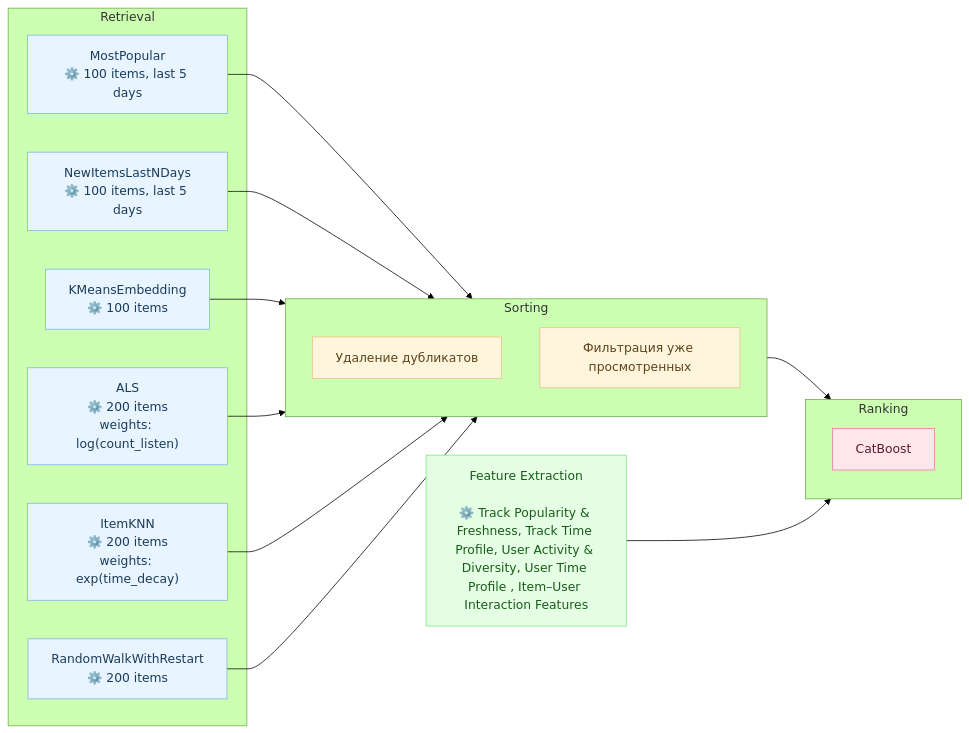
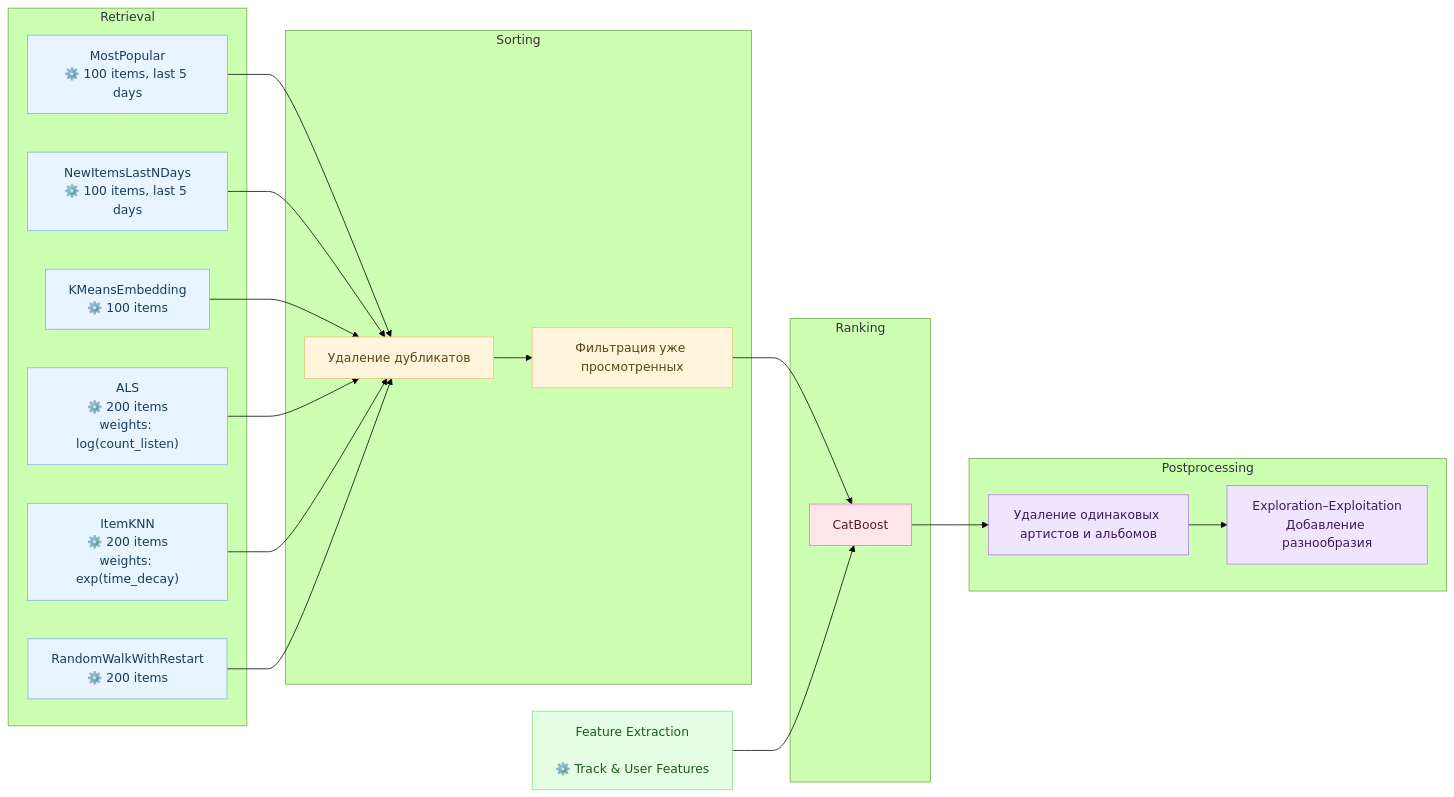
One commit to Nastasy822/music-recommendation-experiments changed the second of 2 diagrams in README.md. Above: the diagram before and after it, drawn with Mermaid (forest theme).

Commit message:
docs(readme): update diagram

````diff
--- a/README.md
+++ b/README.md
@@ -180,50 +180,61 @@
 ```mermaid
 flowchart LR
 
     %% === Retrieval Models ===
     subgraph RETRIEVAL ["Retrieval"]
         PopAll["MostPopular<br/>⚙️ 100 items, last 5 days"]
         PopUser["NewItemsLastNDays<br/>⚙️ 100 items, last 5 days"]
         SIM["KMeansEmbedding<br/>⚙️ 100 items"]
         ITEMKNN["ItemKNN<br/>⚙️ 200 items<br/>weights: exp(time_decay)"]
         GRAPH["RandomWalkWithRestart<br/>⚙️ 200 items"]
         ALS["ALS<br/>⚙️ 200 items<br/>weights: log(count_listen)"]
     end
 
     %% === Sorting Stage ===
     subgraph SORTING ["Sorting"]
         DUBLICATE["Удаление дубликатов"]
         FILTER["Фильтрация уже просмотренных"]
     end
 
     %% === Ranking Stage ===
     subgraph RANKING ["Ranking"]
         RANK["CatBoost"]
     end
 
+    %% === Postprocessing Stage ===
+    subgraph POSTPROCESS ["Postprocessing"]
+        ARTIST_FILTER["Удаление одинаковых артистов и альбомов"]
+        EXPLORATION["Exploration–Exploitation<br/>Добавление разнообразия"]
+    end
+
     %% === Feature Extraction ===
-    FEATS["Feature Extraction<br><br>⚙️ Track Popularity & Freshness, Track Time Profile, User Activity & Diversity, User Time Profile , Item–User Interaction Features"]
+    FEATS["Feature Extraction<br><br>⚙️ Track & User Features"]
 
     %% === Data Flows ===
-    PopAll --> SORTING
-    PopUser --> SORTING
-    SIM --> SORTING
-    ALS --> SORTING
-    ITEMKNN --> SORTING
-    GRAPH --> SORTING
+    PopAll --> DUBLICATE
+    PopUser --> DUBLICATE
+    SIM --> DUBLICATE
+    ALS --> DUBLICATE
+    ITEMKNN --> DUBLICATE
+    GRAPH --> DUBLICATE
 
-    SORTING --> RANKING
-    FEATS --> RANKING
+    DUBLICATE --> FILTER
+    FILTER --> RANK
+    FEATS --> RANK
+
+    RANK --> ARTIST_FILTER
+    ARTIST_FILTER --> EXPLORATION
 
     %% === Styles ===
     classDef retrieval fill:#e8f4ff,stroke:#7db4e6,color:#1a3d5c;
     classDef sorting fill:#fff5dd,stroke:#e6c27d,color:#5c451a;
     classDef ranking fill:#ffe6ec,stroke:#e67d9c,color:#5c1a2f;
+    classDef postprocess fill:#f0e5ff,stroke:#b07de6,color:#3d1a5c;
     classDef features fill:#e5ffe5,stroke:#7de67d,color:#1a5c1a;
 
     class PopAll,PopUser,SIM,ALS,ITEMKNN,GRAPH retrieval;
-    class FILTER sorting;
-    class DUBLICATE sorting;
+    class FILTER,DUBLICATE sorting;
     class RANK ranking;
+    class ARTIST_FILTER,EXPLORATION postprocess;
     class FEATS features;
 ```
````
